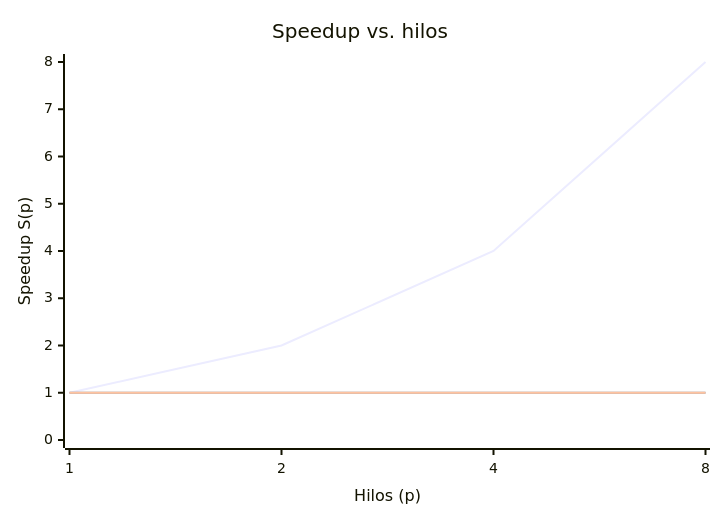
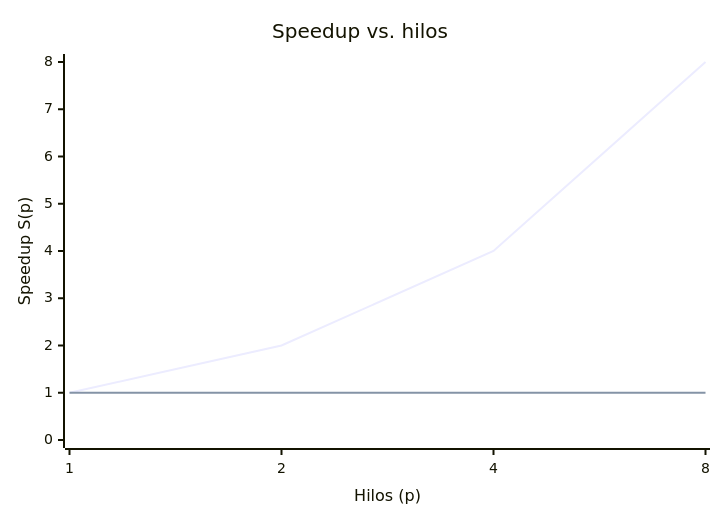
Before and after one commit to BigBelial/Paralelas-AI-Final: the diagram in docs/03-paralelizacion.md, drawn with Mermaid. The commit also changed other lines of this file and 24 other files, not shown here.

````diff
--- a/docs/03-paralelizacion.md
+++ b/docs/03-paralelizacion.md
@@ -138,9 +112,8 @@
 ```mermaid
 xychart-beta
     title "Speedup vs. hilos"
     x-axis "Hilos (p)" [1, 2, 4, 8]
     y-axis "Speedup S(p)" 0 --> 8
     line "ideal" [1, 2, 4, 8]
     line "Alfa-Beta depth=12" [1, 1, 1, 1]
-    line "MCTS sims=100000" [1, 1, 1, 1]
 ```
````
